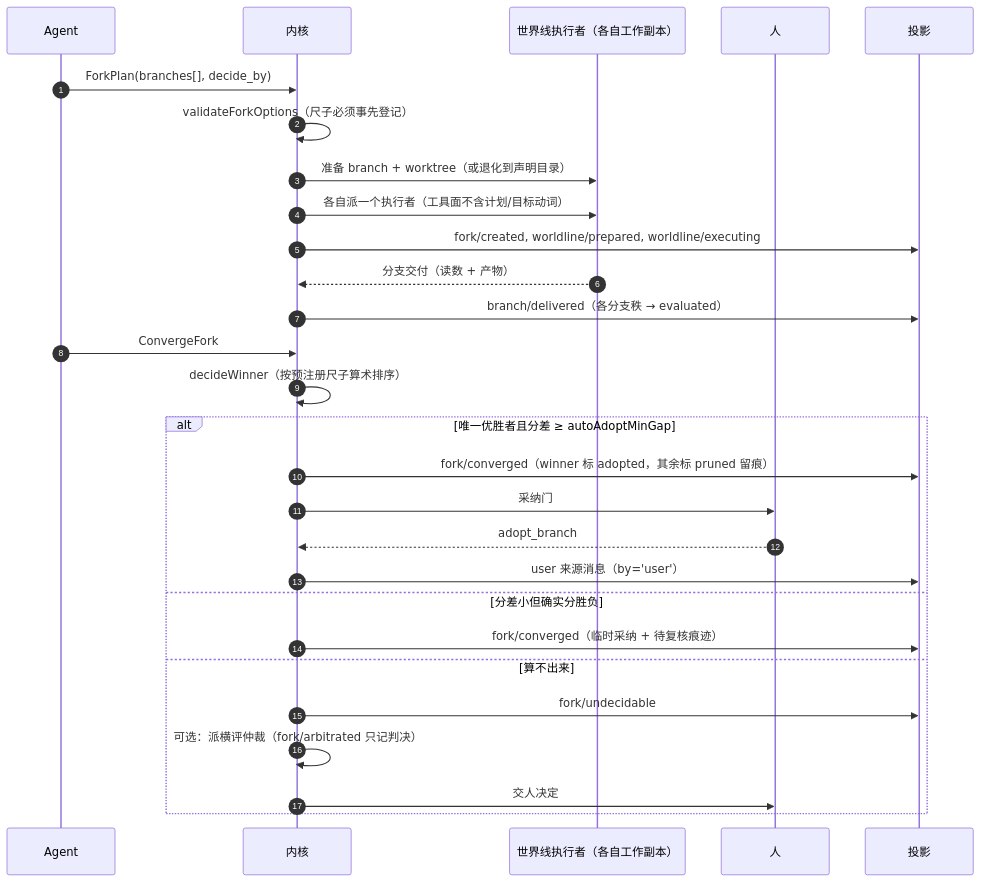
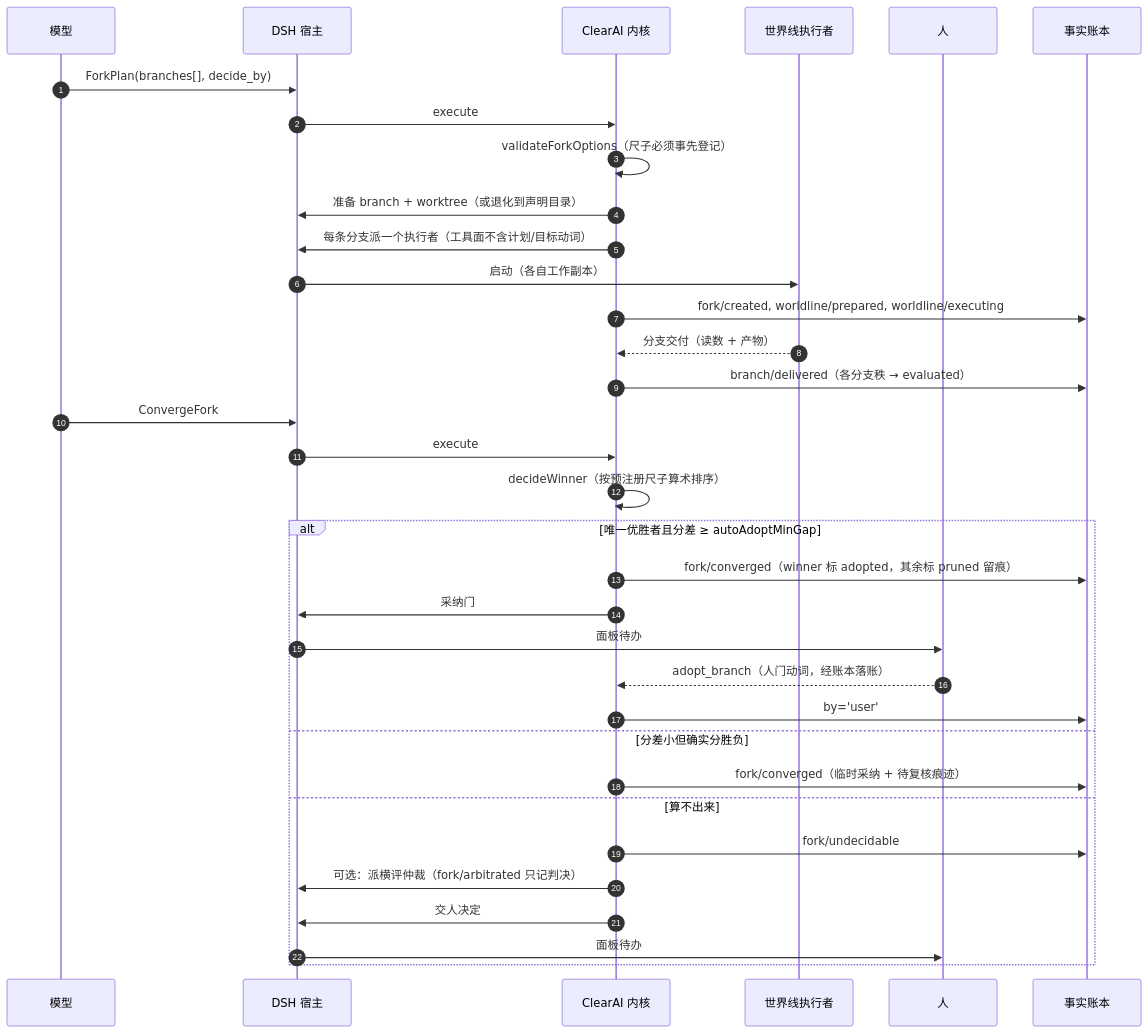
The fifth of 6 diagrams in docs/optimization/timing-diagrams.zh-CN.md (Clearailhc/clearai-dsh), drawn with Mermaid before and after one commit. The commit also changed other lines of this file and 5 other files, not shown here.

First line of the commit message:
docs(optimization): 时序图重写——固定角色表，Agent 拆成模型与宿主

````diff
--- a/docs/optimization/timing-diagrams.zh-CN.md
+++ b/docs/optimization/timing-diagrams.zh-CN.md
@@ -124,33 +175,39 @@
 ```mermaid
 sequenceDiagram
     autonumber
-    participant A as Agent
-    participant K as 内核
-    participant X as 世界线执行者（各自工作副本）
+    participant M as 模型
+    participant D as DSH 宿主
+    participant K as ClearAI 内核
+    participant X as 世界线执行者
     participant H as 人
-    participant P as 投影
+    participant L as 事实账本
 
-    A->>K: ForkPlan(branches[], decide_by)
+    M->>D: ForkPlan(branches[], decide_by)
+    D->>K: execute
     K->>K: validateForkOptions（尺子必须事先登记）
-    K->>X: 准备 branch + worktree（或退化到声明目录）
-    K->>X: 各自派一个执行者（工具面不含计划/目标动词）
-    K->>P: fork/created, worldline/prepared, worldline/executing
+    K->>D: 准备 branch + worktree（或退化到声明目录）
+    K->>D: 每条分支派一个执行者（工具面不含计划/目标动词）
+    D->>X: 启动（各自工作副本）
+    K->>L: fork/created, worldline/prepared, worldline/executing
 
     X-->>K: 分支交付（读数 + 产物）
-    K->>P: branch/delivered（各分支秩 → evaluated）
+    K->>L: branch/delivered（各分支秩 → evaluated）
 
-    A->>K: ConvergeFork
+    M->>D: ConvergeFork
+    D->>K: execute
     K->>K: decideWinner（按预注册尺子算术排序）
     alt 唯一优胜者且分差 ≥ autoAdoptMinGap
-        K->>P: fork/converged（winner 标 adopted，其余标 pruned 留痕）
-        K->>H: 采纳门
-        H-->>K: adopt_branch
-        K->>P: user 来源消息（by='user'）
+        K->>L: fork/converged（winner 标 adopted，其余标 pruned 留痕）
+        K->>D: 采纳门
+        D->>H: 面板待办
+        H-->>K: adopt_branch（人门动词，经账本落账）
+        K->>L: by='user'
     else 分差小但确实分胜负
-        K->>P: fork/converged（临时采纳 + 待复核痕迹）
+        K->>L: fork/converged（临时采纳 + 待复核痕迹）
     else 算不出来
-        K->>P: fork/undecidable
-        K->>K: 可选：派横评仲裁（fork/arbitrated 只记判决）
-        K->>H: 交人决定
+        K->>L: fork/undecidable
+        K->>D: 可选：派横评仲裁（fork/arbitrated 只记判决）
+        K->>D: 交人决定
+        D->>H: 面板待办
     end
 ```
````
